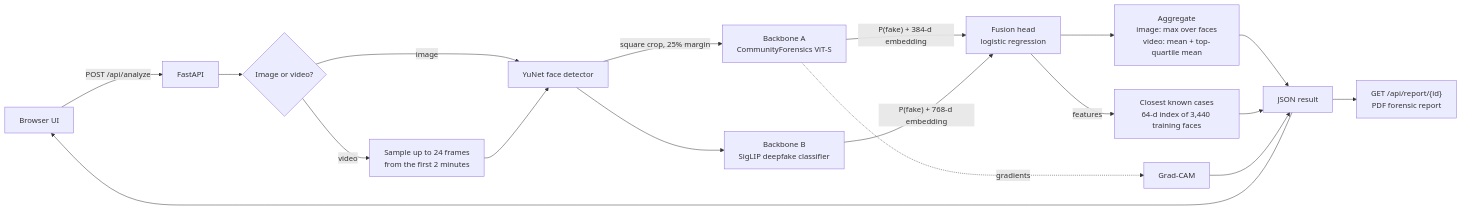
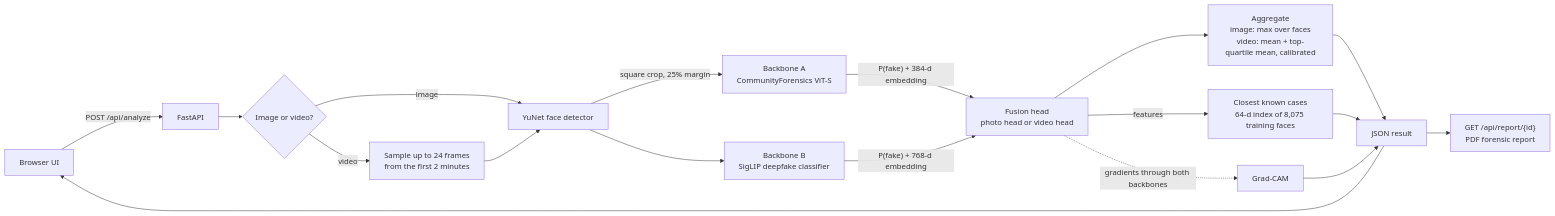
Before and after one commit to MoamenFouad/deep-fake-ai-powered-detector: the diagram in docs/ARCHITECTURE.md, drawn with Mermaid. The commit also changed other lines of this file and 12 other files, not shown here.

````diff
--- a/docs/ARCHITECTURE.md
+++ b/docs/ARCHITECTURE.md
@@ -6,19 +6,19 @@
 ```mermaid
 flowchart LR
     U[Browser UI] -- "POST /api/analyze" --> API[FastAPI]
     API --> K{Image or video?}
     K -- image --> FD[YuNet face detector]
     K -- video --> S[Sample up to 24 frames<br/>from the first 2 minutes] --> FD
     FD -- "square crop, 25% margin" --> B1[Backbone A<br/>CommunityForensics ViT-S]
     FD --> B2[Backbone B<br/>SigLIP deepfake classifier]
-    B1 -- "P(fake) + 384-d embedding" --> H[Fusion head<br/>logistic regression]
+    B1 -- "P(fake) + 384-d embedding" --> H[Fusion head<br/>photo head or video head]
     B2 -- "P(fake) + 768-d embedding" --> H
-    H --> AGG[Aggregate<br/>image: max over faces<br/>video: mean + top-quartile mean]
-    B1 -. gradients .-> CAM[Grad-CAM]
-    H -- "features" --> SIM[Closest known cases<br/>64-d index of 3,440 training faces]
+    H --> AGG[Aggregate<br/>image: max over faces<br/>video: mean + top-quartile mean, calibrated]
+    H -. gradients through both backbones .-> CAM[Grad-CAM]
+    H -- "features" --> SIM[Closest known cases<br/>64-d index of 8,075 training faces]
     AGG --> R[JSON result]
     SIM --> R
     CAM --> R
     R --> U
     R --> PDF["GET /api/report/{id}<br/>PDF forensic report"]
 ```
````
